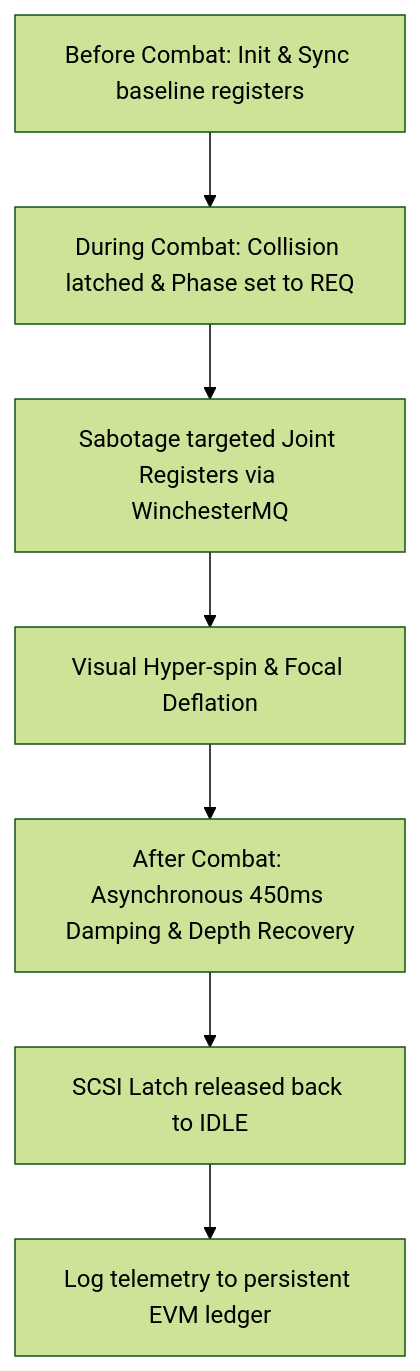
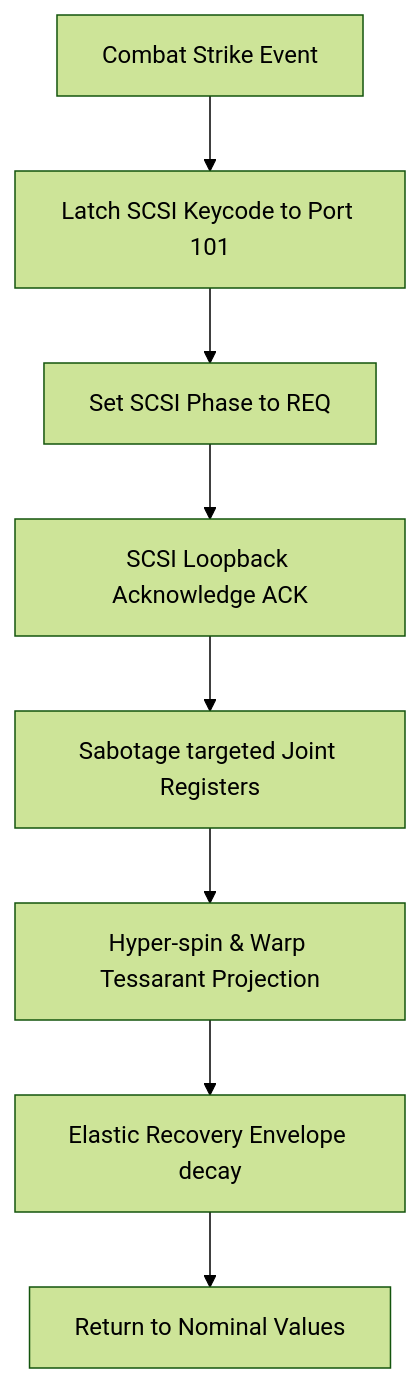
The diagram in lore/tessarant_combat_physics.md (busytoby/atropa_pulsechain), drawn with Mermaid (forest theme) before and after one commit. The commit also changed other lines of this file and 84 other files, not shown here.

````diff
--- a/lore/tessarant_combat_physics.md
+++ b/lore/tessarant_combat_physics.md
@@ -67,9 +50,10 @@
 ```mermaid
 graph TD
-    A[Before Combat: Init & Sync baseline registers] --> B[During Combat: Collision latched & Phase set to REQ]
-    B --> C[Sabotage targeted Joint Registers via WinchesterMQ]
-    C --> D[Visual Hyper-spin & Focal Deflation]
-    D --> E[After Combat: Asynchronous 450ms Damping & Depth Recovery]
-    E --> F[SCSI Latch released back to IDLE]
-    F --> G[Log telemetry to persistent EVM ledger]
+    A[Combat Strike Event] --> B[Latch SCSI Keycode to Port 101]
+    B --> C[Set SCSI Phase to REQ]
+    C --> D[SCSI Loopback Acknowledge ACK]
+    D --> E[Sabotage targeted Joint Registers]
+    E --> F[Hyper-spin & Warp Tessarant Projection]
+    F --> G[Elastic Recovery Envelope decay]
+    G --> H[Return to Nominal Values]
 ```
````
